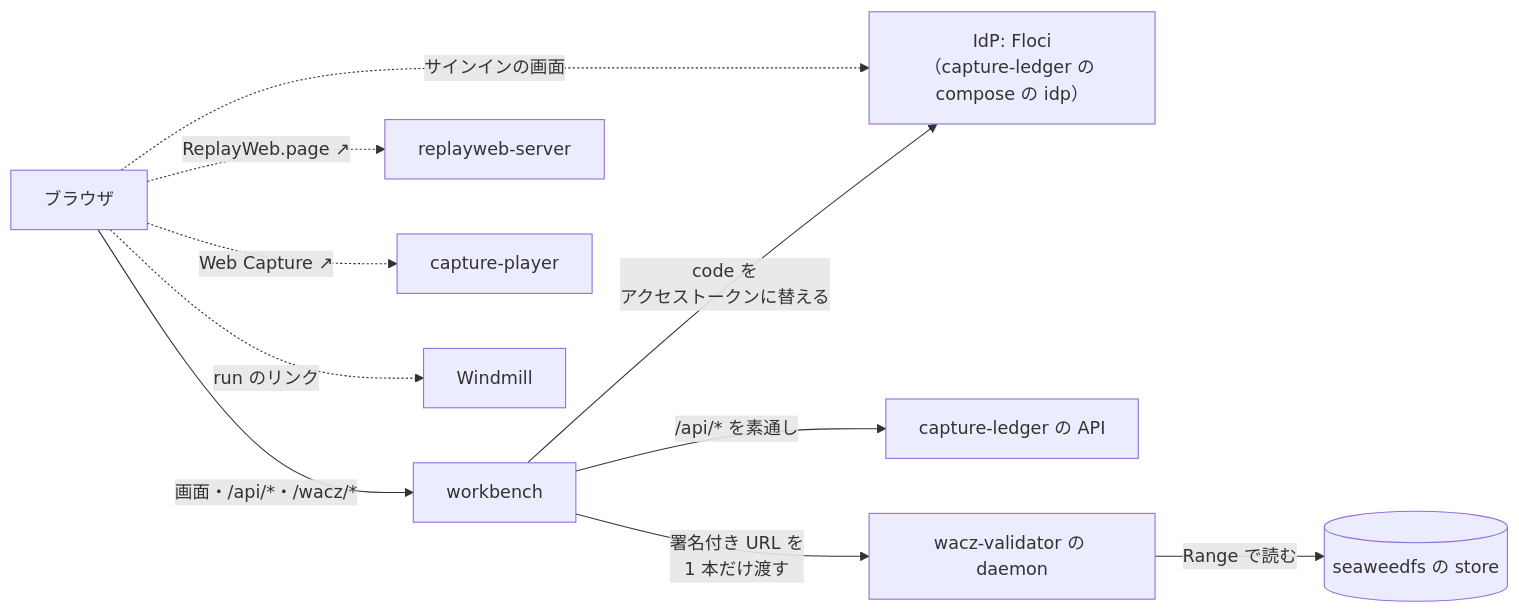
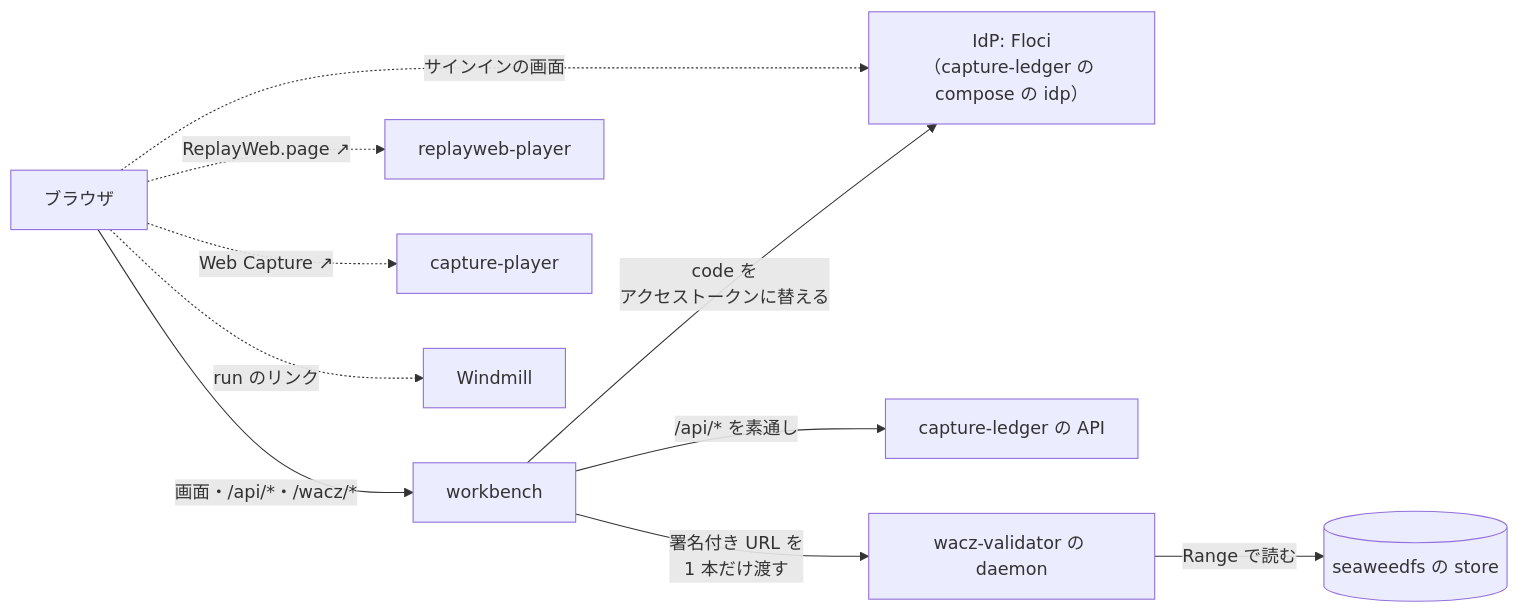
One commit to uraitakahito/capture-workbench changed the diagram in docs-site/src/content/docs/ja/index.md. Above: the diagram before and after it, drawn with Mermaid. The commit also changed other lines of this file and 18 other files, not shown here.

First line of the commit message:
refactor!: WACZ を開くビューアの名前を replayweb-player に替える（CAPTURE-465） (#124)

````diff
--- a/docs-site/src/content/docs/ja/index.md
+++ b/docs-site/src/content/docs/ja/index.md
@@ -17,12 +17,12 @@
 ```mermaid
 flowchart LR
   B["ブラウザ"] -->|"画面・/api/*・/wacz/*"| D["workbench"]
   B -.->|"サインインの画面"| I["IdP: Floci<br/>（capture-ledger の compose の idp）"]
   D -->|"code を<br/>アクセストークンに替える"| I
   D -->|"/api/* を素通し"| L["capture-ledger の API"]
   D -->|"署名付き URL を<br/>1 本だけ渡す"| V["wacz-validator の daemon"]
   V -->|"Range で読む"| S[("seaweedfs の store")]
-  B -.->|"ReplayWeb.page ↗"| R["replayweb-server"]
+  B -.->|"ReplayWeb.page ↗"| R["replayweb-player"]
   B -.->|"Web Capture ↗"| P["capture-player"]
   B -.->|"run のリンク"| W["Windmill"]
 ```
````
